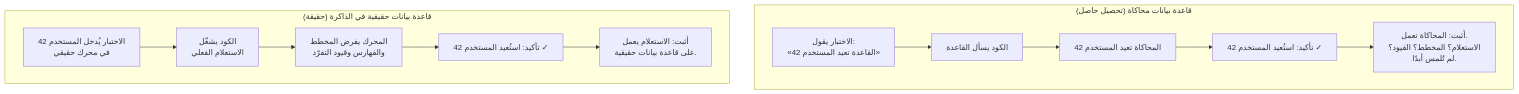
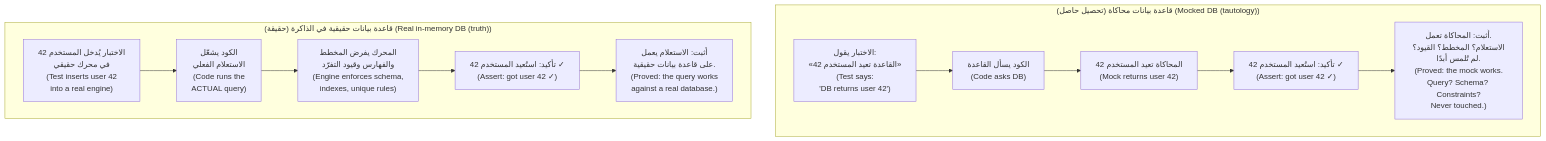
One commit to Tamoura/system-design-for-vibe-coders changed the second of 5 diagrams in modules/08-safety-nets/module.ar.md. Above: the diagram before and after it, drawn with Mermaid. The commit also changed other lines of this file and 62 other files, not shown here.

First line of the commit message:
Arabic editions: English on every diagram label, RTL fixes, rebuild

````diff
--- a/modules/08-safety-nets/module.ar.md
+++ b/modules/08-safety-nets/module.ar.md
@@ -208,15 +208,15 @@
 ```mermaid
 flowchart TD
-    subgraph fake["قاعدة بيانات محاكاة (تحصيل حاصل)"]
-        F1["الاختبار يقول:<br/>«القاعدة تعيد المستخدم 42»"] --> F2["الكود يسأل القاعدة"]
-        F2 --> F3["المحاكاة تعيد المستخدم 42"]
-        F3 --> F4["تأكيد: استُعيد المستخدم 42 ✓"]
-        F4 --> F5["أُثبت: المحاكاة تعمل.<br/>الاستعلام؟ المخطط؟ القيود؟<br/>لم تُلمس أبدًا."]
+    subgraph fake["قاعدة بيانات محاكاة (تحصيل حاصل) (Mocked DB (tautology))"]
+        F1["الاختبار يقول:<br/>«القاعدة تعيد المستخدم 42»<br/>(Test says:<br/>'DB returns user 42')"] --> F2["الكود يسأل القاعدة<br/>(Code asks DB)"]
+        F2 --> F3["المحاكاة تعيد المستخدم 42<br/>(Mock returns user 42)"]
+        F3 --> F4["تأكيد: استُعيد المستخدم 42 ✓<br/>(Assert: got user 42 ✓)"]
+        F4 --> F5["أُثبت: المحاكاة تعمل.<br/>الاستعلام؟ المخطط؟ القيود؟<br/>لم تُلمس أبدًا.<br/>(Proved: the mock works.<br/>Query? Schema? Constraints?<br/>Never touched.)"]
     end
-    subgraph real["قاعدة بيانات حقيقية في الذاكرة (حقيقة)"]
-        R1["الاختبار يُدخل المستخدم 42<br/>في محرك حقيقي"] --> R2["الكود يشغّل<br/>الاستعلام الفعلي"]
-        R2 --> R3["المحرك يفرض المخطط<br/>والفهارس وقيود التفرّد"]
-        R3 --> R4["تأكيد: استُعيد المستخدم 42 ✓"]
-        R4 --> R5["أُثبت: الاستعلام يعمل<br/>على قاعدة بيانات حقيقية."]
+    subgraph real["قاعدة بيانات حقيقية في الذاكرة (حقيقة) (Real in-memory DB (truth))"]
+        R1["الاختبار يُدخل المستخدم 42<br/>في محرك حقيقي<br/>(Test inserts user 42<br/>into a real engine)"] --> R2["الكود يشغّل<br/>الاستعلام الفعلي<br/>(Code runs the<br/>ACTUAL query)"]
+        R2 --> R3["المحرك يفرض المخطط<br/>والفهارس وقيود التفرّد<br/>(Engine enforces schema,<br/>indexes, unique rules)"]
+        R3 --> R4["تأكيد: استُعيد المستخدم 42 ✓<br/>(Assert: got user 42 ✓)"]
+        R4 --> R5["أُثبت: الاستعلام يعمل<br/>على قاعدة بيانات حقيقية.<br/>(Proved: the query works<br/>against a real database.)"]
     end
 ```
````
